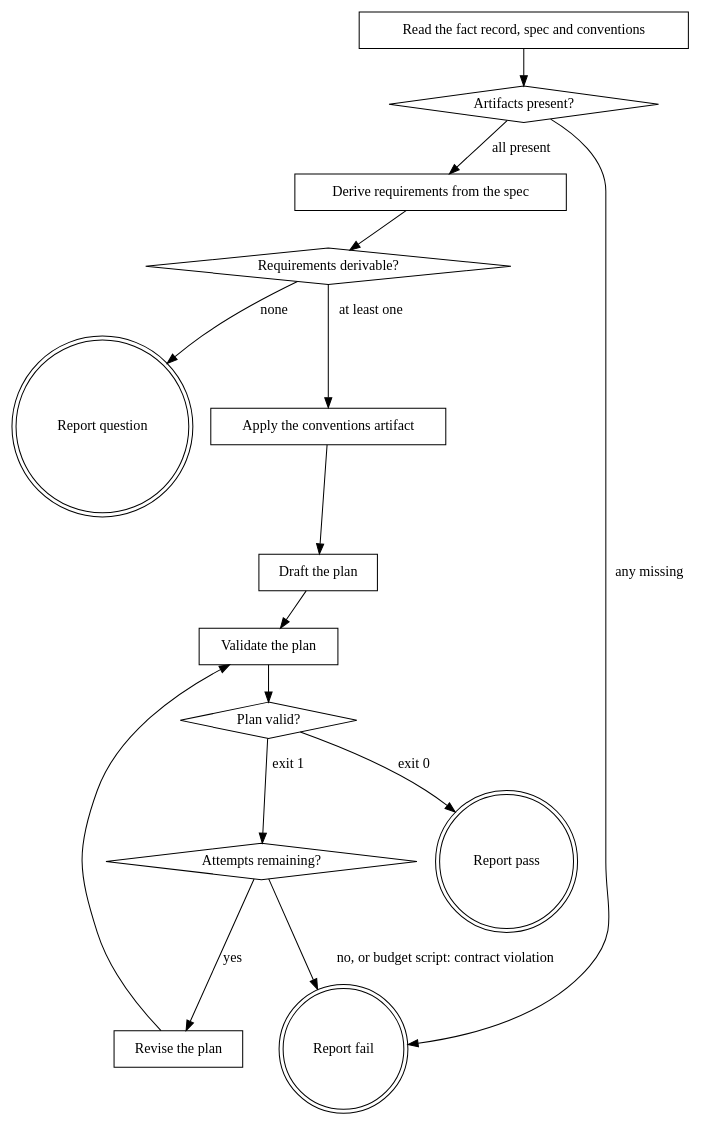
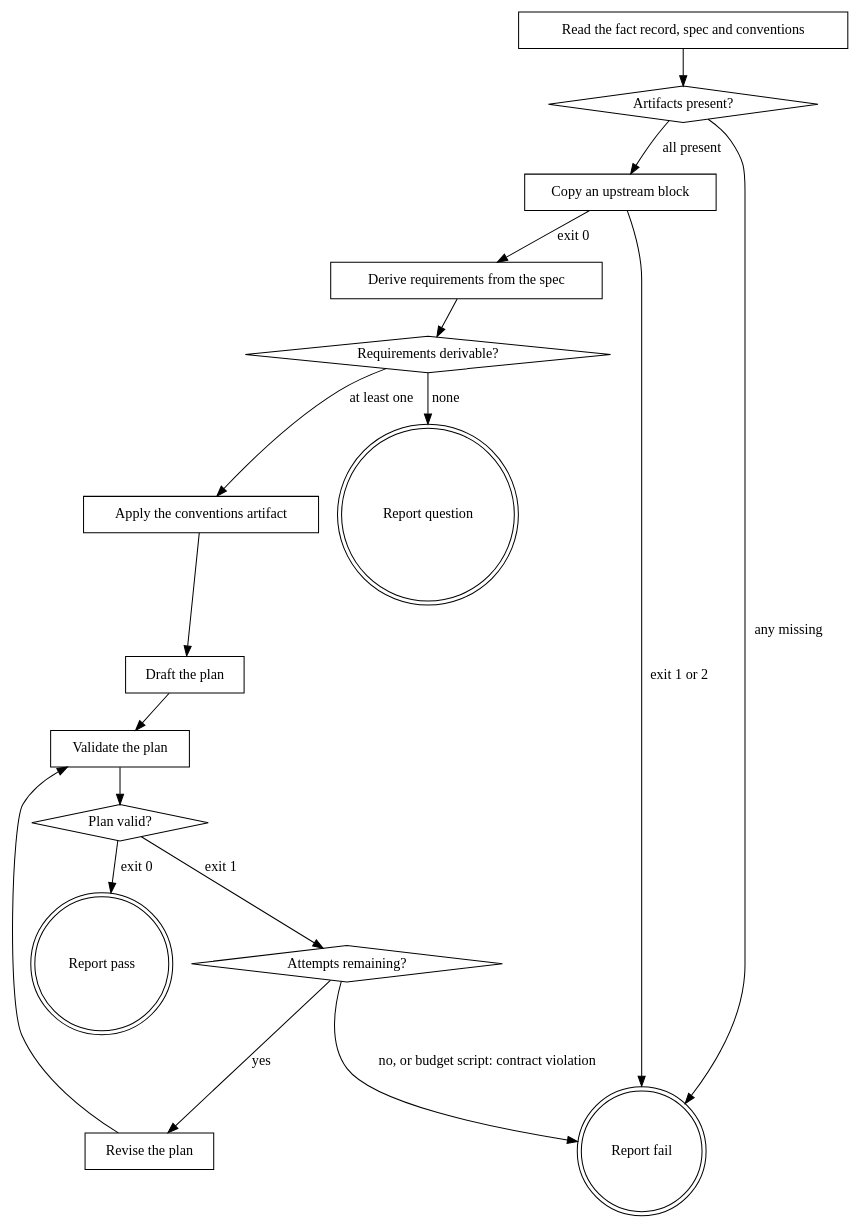
One commit to agenticDraft/aem-eds-ai-workflow-demo changed the diagram in plugins/eds/skills/eds-plan/SKILL.md. Above: the diagram before and after it, drawn with Graphviz. The commit also changed other lines of this file and 4 other files, not shown here.

First line of the commit message:
prototype, plan and implement copy an upstream block into blocks/<name>/ before changing it

````diff
--- a/plugins/eds/skills/eds-plan/SKILL.md
+++ b/plugins/eds/skills/eds-plan/SKILL.md
@@ -34,32 +38,35 @@
 ```dot
 digraph eds_plan {
     "Read the fact record, spec and conventions" [shape=box];
     "Artifacts present?" [shape=diamond];
+    "Copy an upstream block" [shape=box];
     "Derive requirements from the spec" [shape=box];
     "Requirements derivable?" [shape=diamond];
     "Apply the conventions artifact" [shape=box];
     "Draft the plan" [shape=box];
     "Validate the plan" [shape=box];
     "Plan valid?" [shape=diamond];
     "Attempts remaining?" [shape=diamond];
     "Revise the plan" [shape=box];
     "Report fail" [shape=doublecircle];
     "Report pass" [shape=doublecircle];
     "Report question" [shape=doublecircle];
 
     "Read the fact record, spec and conventions" -> "Artifacts present?";
-    "Artifacts present?" -> "Derive requirements from the spec" [label="all present"];
+    "Artifacts present?" -> "Copy an upstream block" [label="all present"];
+    "Copy an upstream block" -> "Derive requirements from the spec" [label="exit 0"];
+    "Copy an upstream block" -> "Report fail" [label="exit 1 or 2"];
     "Artifacts present?" -> "Report fail" [label="any missing"];
     "Derive requirements from the spec" -> "Requirements derivable?";
     "Requirements derivable?" -> "Apply the conventions artifact" [label="at least one"];
     "Requirements derivable?" -> "Report question" [label="none"];
     "Apply the conventions artifact" -> "Draft the plan";
     "Draft the plan" -> "Validate the plan";
     "Validate the plan" -> "Plan valid?";
     "Plan valid?" -> "Report pass" [label="exit 0"];
     "Plan valid?" -> "Attempts remaining?" [label="exit 1"];
     "Attempts remaining?" -> "Revise the plan" [label="yes"];
     "Attempts remaining?" -> "Report fail" [label="no, or budget script: contract violation"];
     "Revise the plan" -> "Validate the plan";
 }
 ```
````
